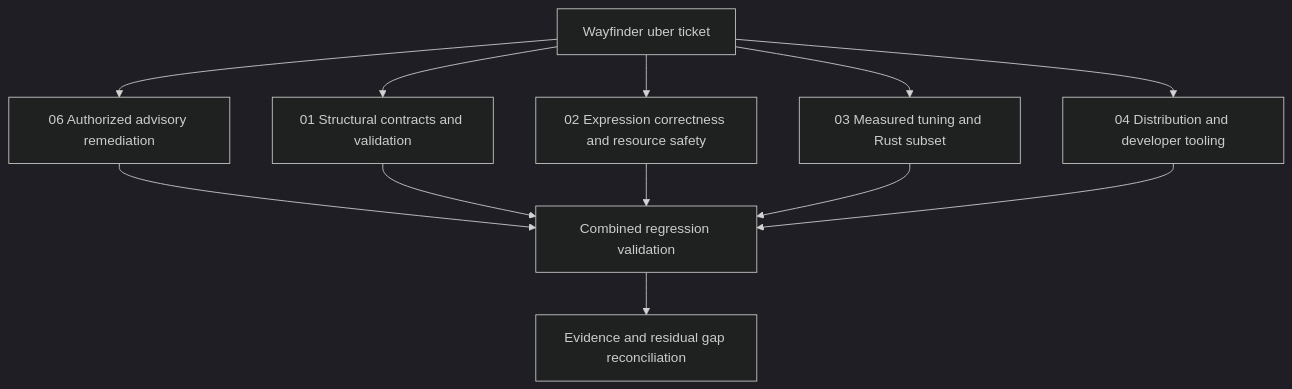
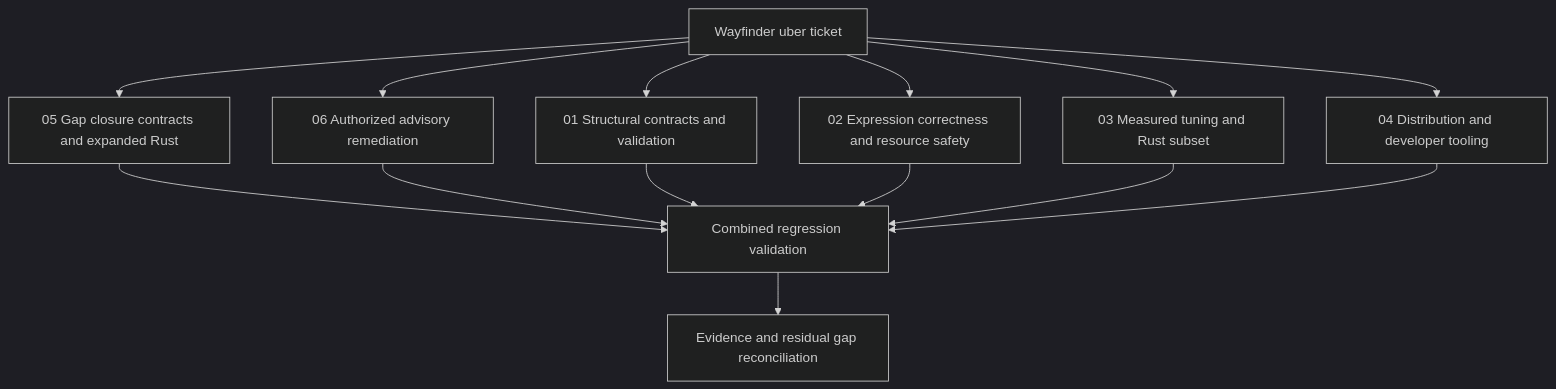
The diagram in docs/review/WAYFINDER.md (elite-libs/rules-machine), drawn with Mermaid (dark theme) before and after one commit. The commit also changed other lines of this file and 5 other files, not shown here.

Commit message:
docs: define gap closure contracts and local review acceptance

````diff
--- a/docs/review/WAYFINDER.md
+++ b/docs/review/WAYFINDER.md
@@ -7,14 +7,16 @@
 ```mermaid
 flowchart TD
   W[Wayfinder uber ticket] --> S[01 Structural contracts and validation]
   W --> E[02 Expression correctness and resource safety]
   W --> P[03 Measured tuning and Rust subset]
   W --> D[04 Distribution and developer tooling]
   W --> A[06 Authorized advisory remediation]
+  W --> G[05 Gap closure contracts and expanded Rust]
+  G --> V
   A --> V
   S --> V[Combined regression validation]
   E --> V
   P --> V
   D --> V
   V --> R[Evidence and residual gap reconciliation]
 ```
````
